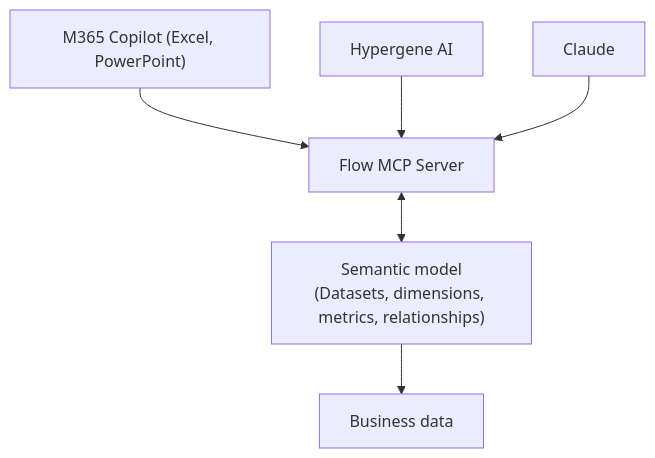
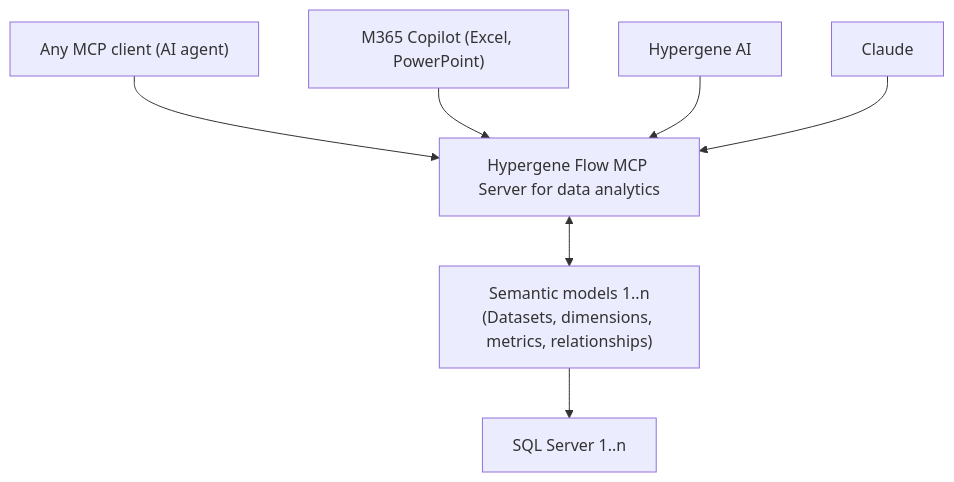
Before and after one commit to Profitbase-Public/Episode-Docs: the diagram in articles/flow/semantic-models/overview.md, drawn with Mermaid. The commit also changed other lines of this file and 10 other files, not shown here.

````diff
--- a/articles/flow/semantic-models/overview.md
+++ b/articles/flow/semantic-models/overview.md
@@ -14,15 +14,17 @@
 ```mermaid
 flowchart TD
+    MCPClient["Any MCP client (AI agent)"]
     Copilot["M365 Copilot (Excel, PowerPoint)"]
     HAI["Hypergene AI"]
     Claude["Claude"]
-    MCP["Flow MCP Server"]
-    SM["Semantic model<br/>(Datasets, dimensions, metrics, relationships)"]
-    Data["Business data"]
+    MCPServer["Hypergene Flow MCP Server for data analytics"]
+    SM["Semantic models 1..n<br/>(Datasets, dimensions, metrics, relationships)"]        
+    Data["SQL Server 1..n"]    
 
-    Copilot --> MCP
-    HAI --> MCP
-    Claude --> MCP
-    MCP <--> SM
+    MCPClient --> MCPServer
+    Copilot --> MCPServer
+    HAI --> MCPServer
+    Claude --> MCPServer
+    MCPServer <--> SM
     SM --> Data
 ```
````
